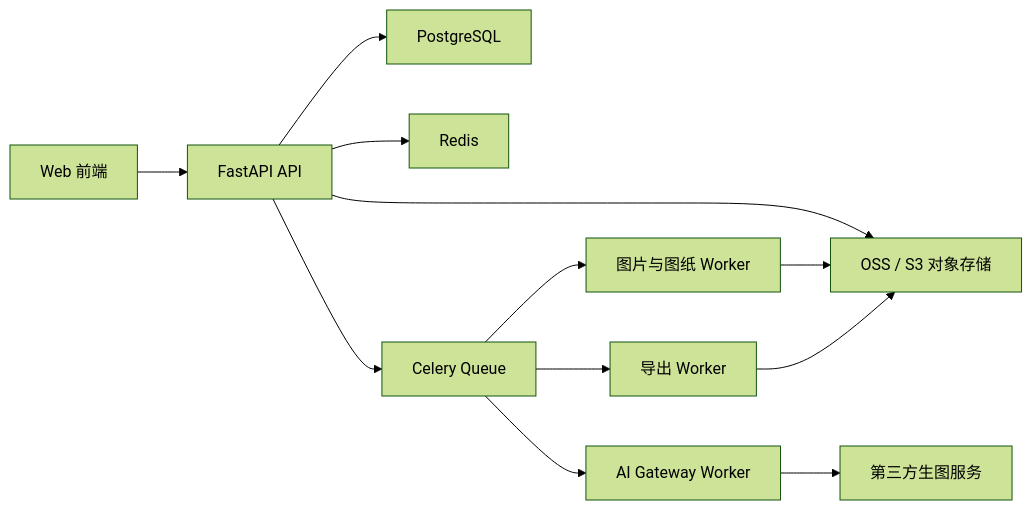
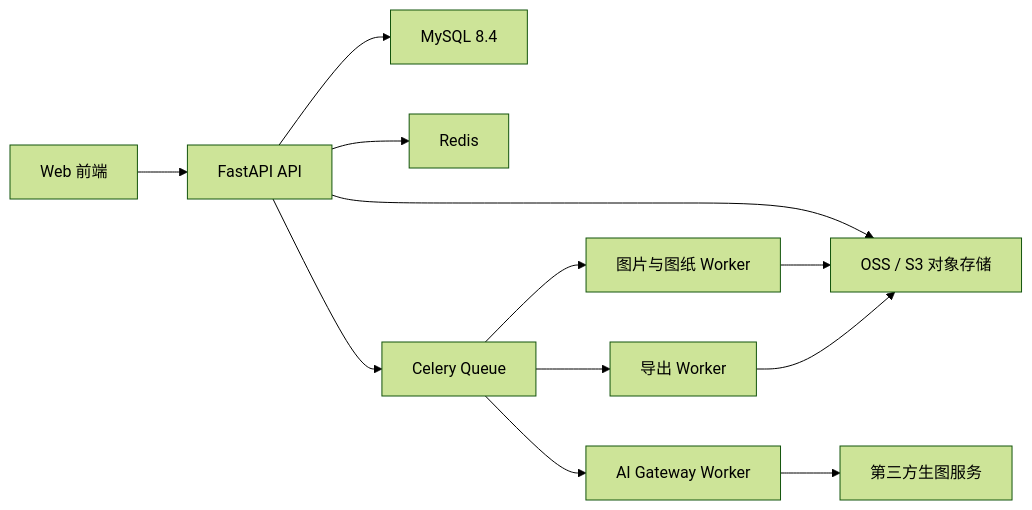
Before and after one commit to Hyjkblj/PingDou: the diagram in Backend_Development_Guide.md, drawn with Mermaid (forest theme). The commit also changed other lines of this file and 106 other files, not shown here.

````diff
--- a/Backend_Development_Guide.md
+++ b/Backend_Development_Guide.md
@@ -20,14 +20,14 @@
 ```mermaid
 flowchart LR
     Client["Web 前端"] --> API["FastAPI API"]
-    API --> PG["PostgreSQL"]
+    API --> DB["MySQL 8.4"]
     API --> Redis["Redis"]
     API --> OSS["OSS / S3 对象存储"]
     API --> Queue["Celery Queue"]
     Queue --> ImageWorker["图片与图纸 Worker"]
     Queue --> AIWorker["AI Gateway Worker"]
     Queue --> ExportWorker["导出 Worker"]
     AIWorker --> Providers["第三方生图服务"]
     ImageWorker --> OSS
     ExportWorker --> OSS
 ```
````
